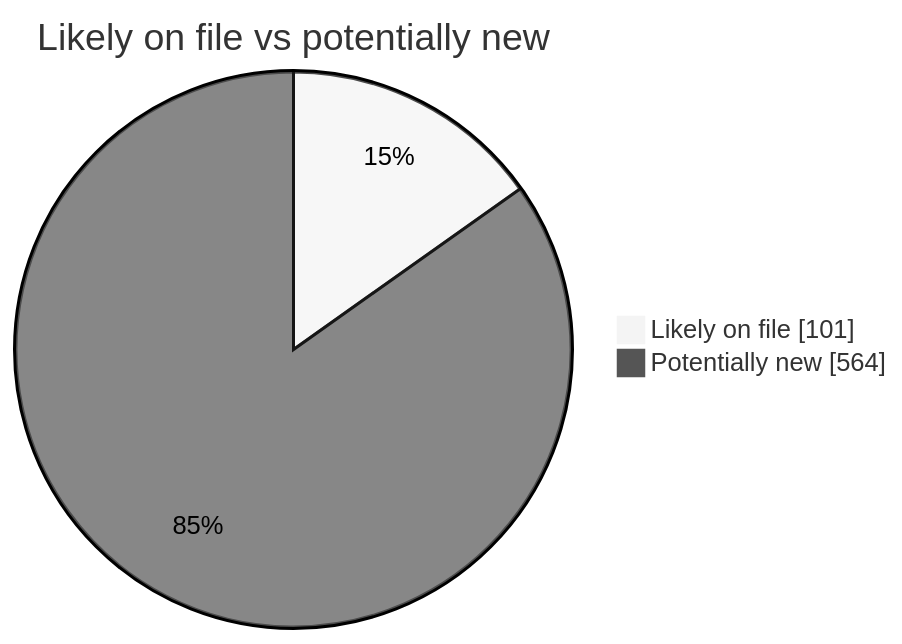
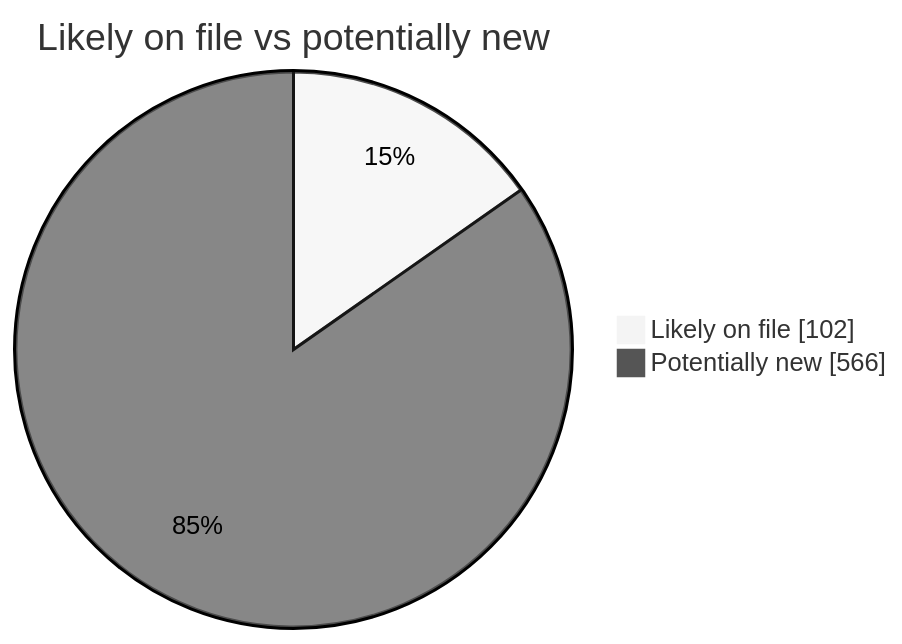
Before and after one commit to martinbalfanz/social-scanner-reports: the second of 4 diagrams in README.md, drawn with Mermaid (neutral theme). The commit also changed other lines of this file and 4 other files, not shown here.

````diff
--- a/README.md
+++ b/README.md
@@ -40,5 +40,5 @@
 ```mermaid
 pie showData title Likely on file vs potentially new
-    "Likely on file" : 101
-    "Potentially new" : 564
+    "Likely on file" : 102
+    "Potentially new" : 566
 ```
````
